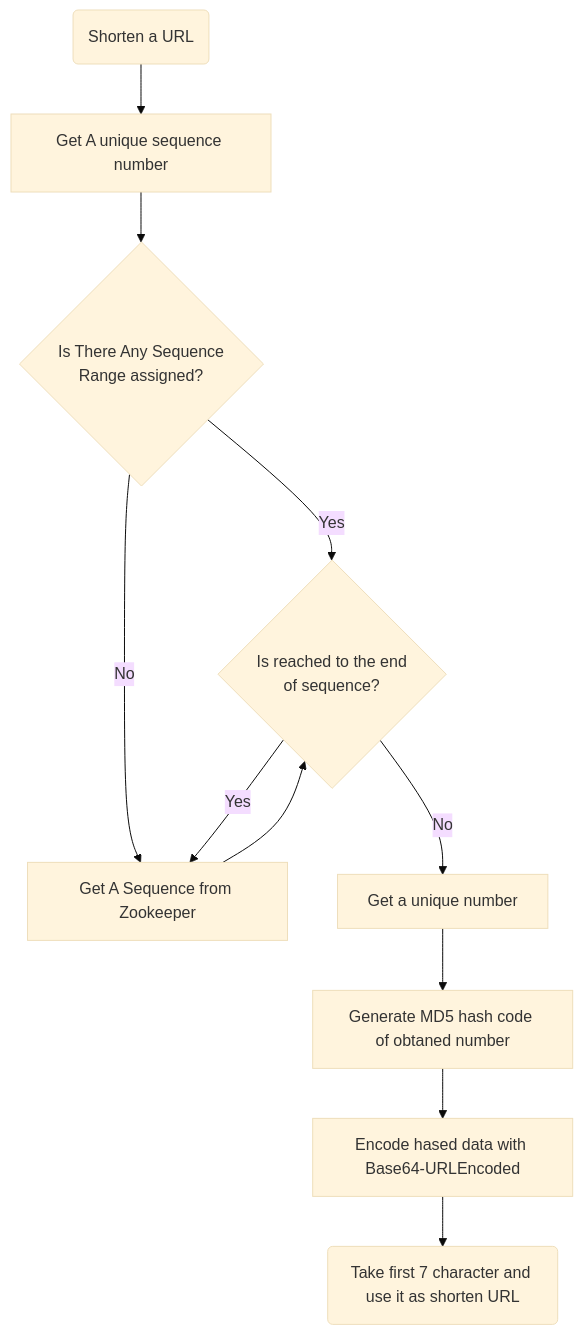
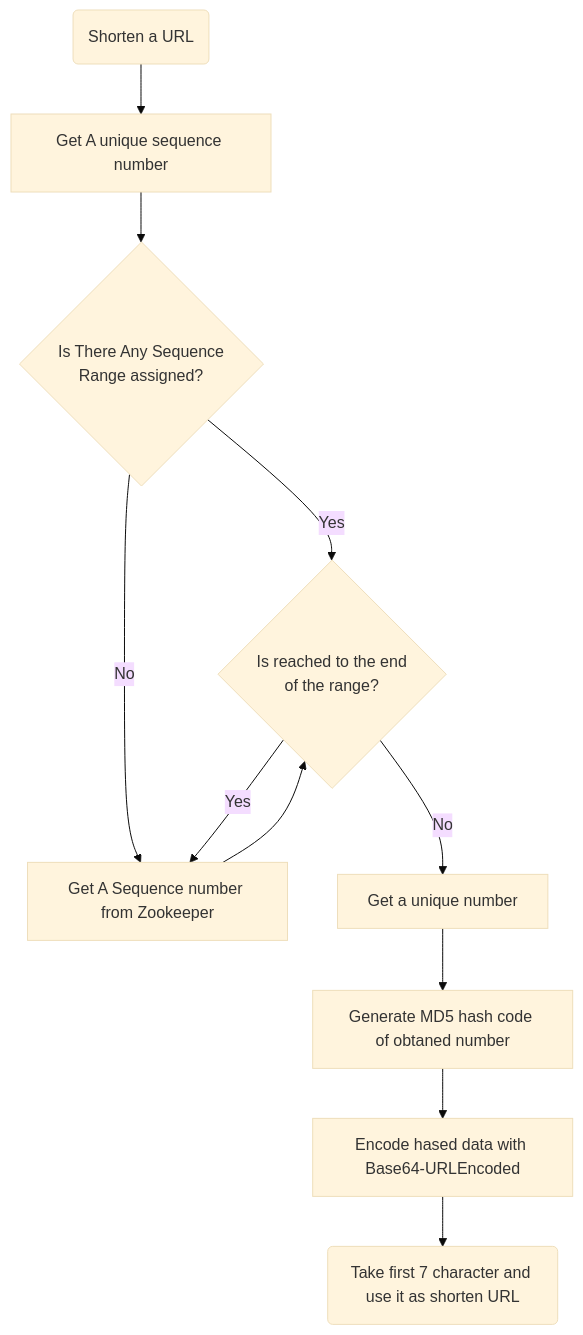
Before and after one commit to adavari/url-shortener: the diagram in README.md, drawn with Mermaid (base theme). The commit also changed other lines of this file, not shown here.

````diff
--- a/README.md
+++ b/README.md
@@ -22,13 +22,13 @@
 ```mermaid
 graph TD
     A(Shorten a URL) --> B[Get A unique sequence number]
     B --> C{Is There Any Sequence <br/> Range assigned?}
-    C -->|Yes| D{Is reached to the end <br/> of sequence?}
-    C -->|No| E[Get A Sequence from Zookeeper]
+    C -->|Yes| D{Is reached to the end <br/> of the range?}
+    C -->|No| E[Get A Sequence number from Zookeeper]
     E --> D
     D -->|Yes| E
     D -->|No| F[Get a unique number]
     F --> G[Generate MD5 hash code of obtaned number]
     G --> H[Encode hased data with Base64-URLEncoded]
     H --> I(Take first 7 character and use it as shorten URL)
 ```
````
